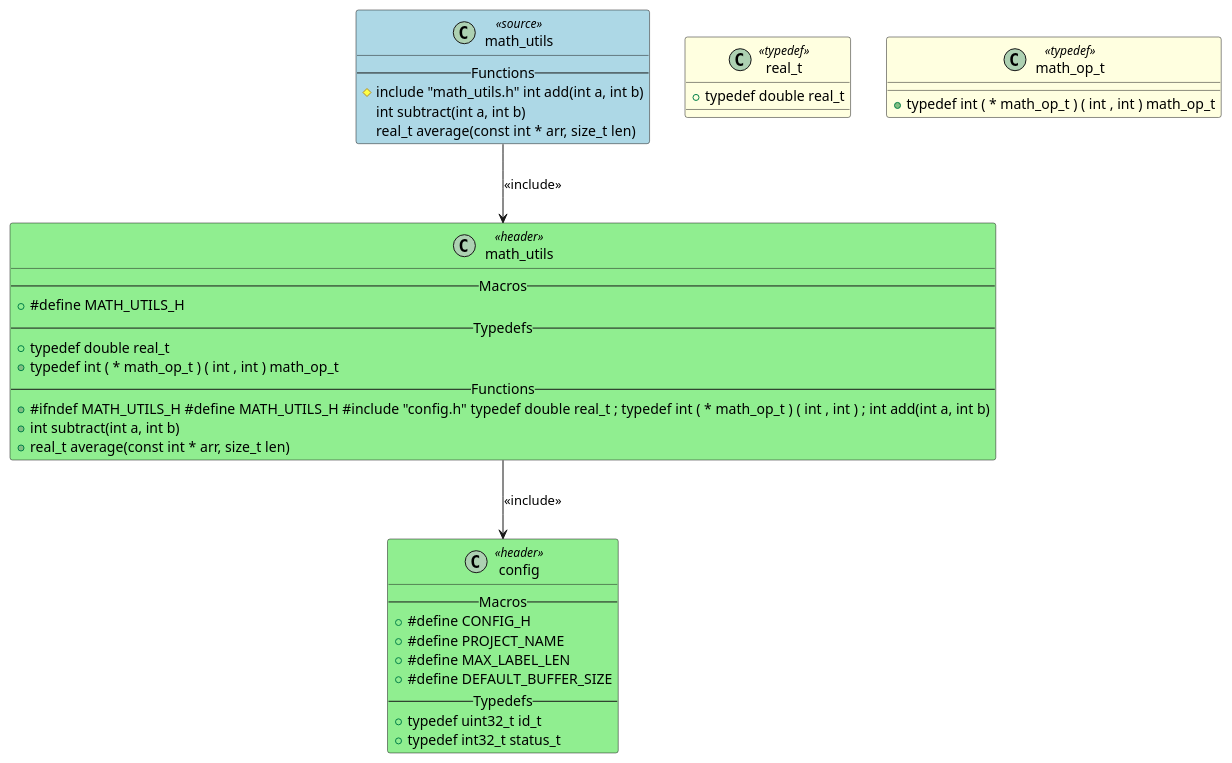
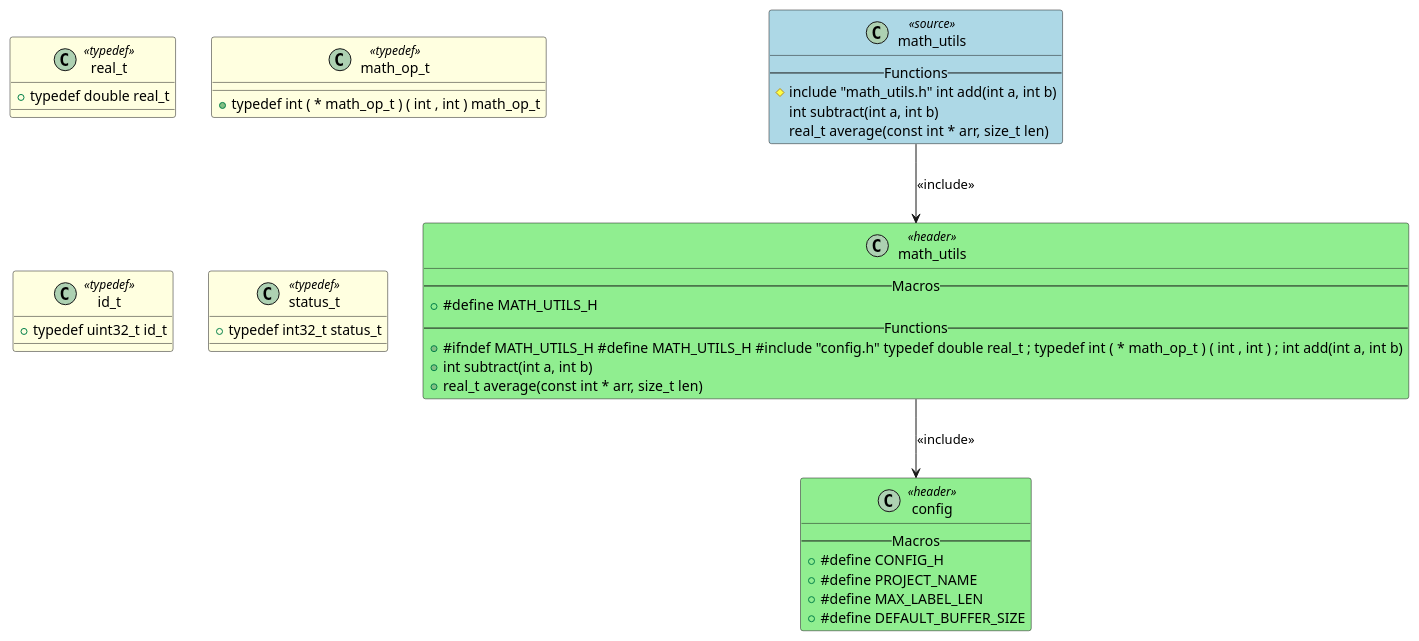
Before and after one commit to fischerjooo/c2puml: the diagram in output/math_utils.puml, drawn with PlantUML. The commit also changed 15 other files, not shown here.

```diff
--- a/output/math_utils.puml
+++ b/output/math_utils.puml
@@ -1,49 +1,53 @@
 @startuml math_utils
 
 class "math_utils" as MATH_UTILS <<source>> #LightBlue
 {
     -- Functions --
     #include "math_utils.h" int add(int a, int b)
     int subtract(int a, int b)
     real_t average(const int * arr, size_t len)
 }
 
 class "math_utils" as HEADER_MATH_UTILS <<header>> #LightGreen
 {
     -- Macros --
     + #define MATH_UTILS_H
-    -- Typedefs --
-    + typedef double real_t
-    + typedef int ( * math_op_t ) ( int , int ) math_op_t
     -- Functions --
     + #ifndef MATH_UTILS_H #define MATH_UTILS_H #include "config.h" typedef double real_t ; typedef int ( * math_op_t ) ( int , int ) ; int add(int a, int b)
     + int subtract(int a, int b)
     + real_t average(const int * arr, size_t len)
 }
 
 class "config" as HEADER_CONFIG <<header>> #LightGreen
 {
     -- Macros --
     + #define CONFIG_H
     + #define PROJECT_NAME
     + #define MAX_LABEL_LEN
     + #define DEFAULT_BUFFER_SIZE
-    -- Typedefs --
-    + typedef uint32_t id_t
-    + typedef int32_t status_t
 }
 
 class "real_t" as TYPEDEF_REAL_T <<typedef>> #LightYellow
 {
     + typedef double real_t
 }
 
 class "math_op_t" as TYPEDEF_MATH_OP_T <<typedef>> #LightYellow
 {
     + typedef int ( * math_op_t ) ( int , int ) math_op_t
 }
 
+class "id_t" as TYPEDEF_ID_T <<typedef>> #LightYellow
+{
+    + typedef uint32_t id_t
+}
+
+class "status_t" as TYPEDEF_STATUS_T <<typedef>> #LightYellow
+{
+    + typedef int32_t status_t
+}
+
 MATH_UTILS --> HEADER_MATH_UTILS : <<include>>
 HEADER_MATH_UTILS --> HEADER_CONFIG : <<include>>
 
 @enduml
```
